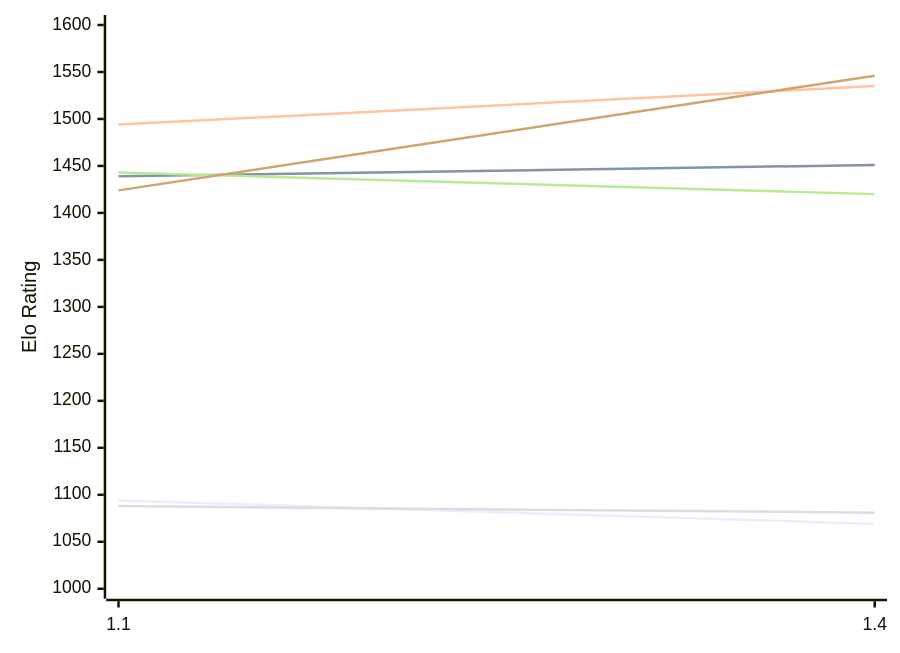
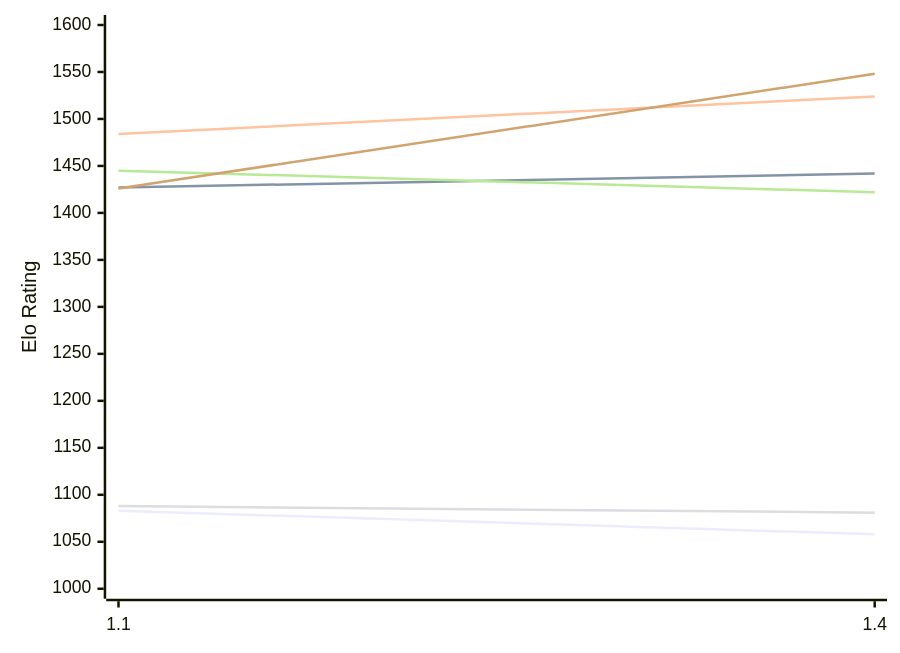
The first of 2 diagrams in engines/USunfish.md (computer-chess-index/cci), drawn with Mermaid before and after one commit. The commit also changed other lines of this file, not shown here.

Commit message:
Update CCI Ratings (ELO VLTC) - 2026-11-18

````diff
--- a/engines/USunfish.md
+++ b/engines/USunfish.md
@@ -50,12 +50,12 @@
 ```mermaid
 %%{init: {"theme":"base","themeVariables":{"seriesColors:['#a3a3a3','#222221','#faa371']}}}%%
 xychart-beta
   x-axis ["1.1", "1.4"]
   y-axis "Elo Rating" 1000 --> 1600
-  line "E1: STC (8.0+0.08s)" [1094, 1069]
-  line "E1: LTC (60.0+0.60s)" [1439, 1451]
-  line "E1: VLTC (2m24s+1.12s)" [1494, 1535]
+  line "E1: STC (8.0+0.08s)" [1083, 1058]
+  line "E1: LTC (60.0+0.60s)" [1427, 1442]
+  line "E1: VLTC (2m24s+1.12s)" [1484, 1524]
   line "P1: STC (8.0+0.08s)" [1088, 1081]
-  line "P1: LTC (60.0+0.60s)" [1443, 1420]
-  line "P1: VLTC (2m24s+1.12s)" [1424, 1546]
+  line "P1: LTC (60.0+0.60s)" [1445, 1422]
+  line "P1: VLTC (2m24s+1.12s)" [1426, 1548]
 ```
````
